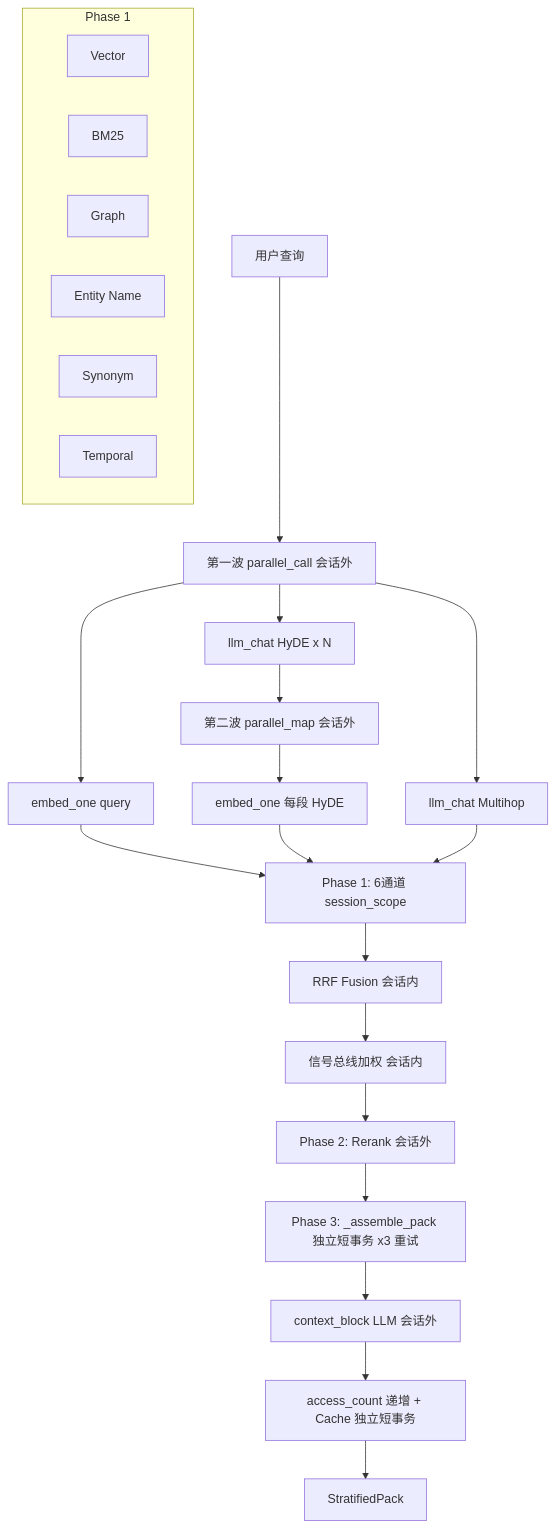
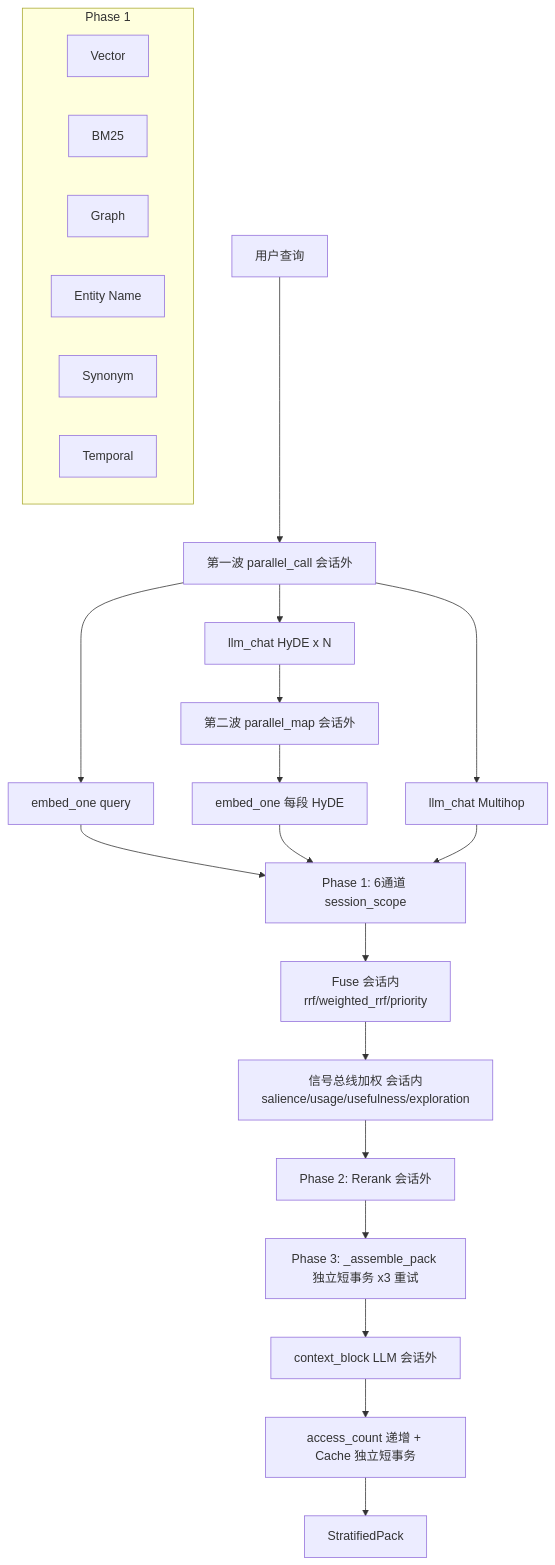
One commit to pty819/cortex-py-book changed the second of 2 diagrams in source/chapters/14-retrieval-system.md. Above: the diagram before and after it, drawn with Mermaid. The commit also changed other lines of this file and 9 other files, not shown here.

````diff
--- a/source/chapters/14-retrieval-system.md
+++ b/source/chapters/14-retrieval-system.md
@@ -112,29 +112,29 @@
 ```{mermaid}
 flowchart TB
     Q[用户查询] --> W1[第一波 parallel_call 会话外]
     W1 --> EMB[embed_one query]
     W1 --> H1[llm_chat HyDE x N]
     W1 --> M1[llm_chat Multihop]
     H1 --> W2[第二波 parallel_map 会话外]
     W2 --> HE[embed_one 每段 HyDE]
     EMB --> P1[Phase 1: 6通道 session_scope]
     HE --> P1
     M1 --> P1
 
     subgraph Phase 1
         V[Vector]
         B[BM25]
         G[Graph]
         N[Entity Name]
         S[Synonym]
         T[Temporal]
     end
 
-    P1 --> RRF[RRF Fusion 会话内]
-    RRF --> SIG[信号总线加权 会话内]
+    P1 --> FUSE[Fuse 会话内<br/>rrf/weighted_rrf/priority]
+    FUSE --> SIG[信号总线加权 会话内<br/>salience/usage/usefulness/exploration]
     SIG --> P2[Phase 2: Rerank 会话外]
     P2 --> P3[Phase 3: _assemble_pack 独立短事务 x3 重试]
     P3 --> CB[context_block LLM 会话外]
     CB --> CACHE[access_count 递增 + Cache 独立短事务]
     CACHE --> OUT[StratifiedPack]
 ```
````
